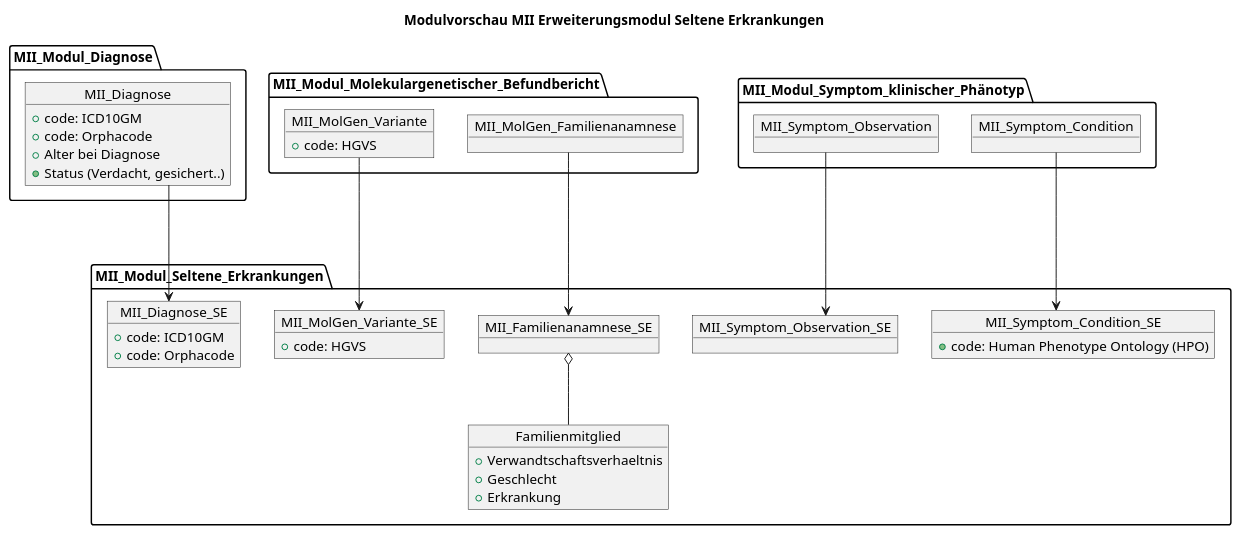
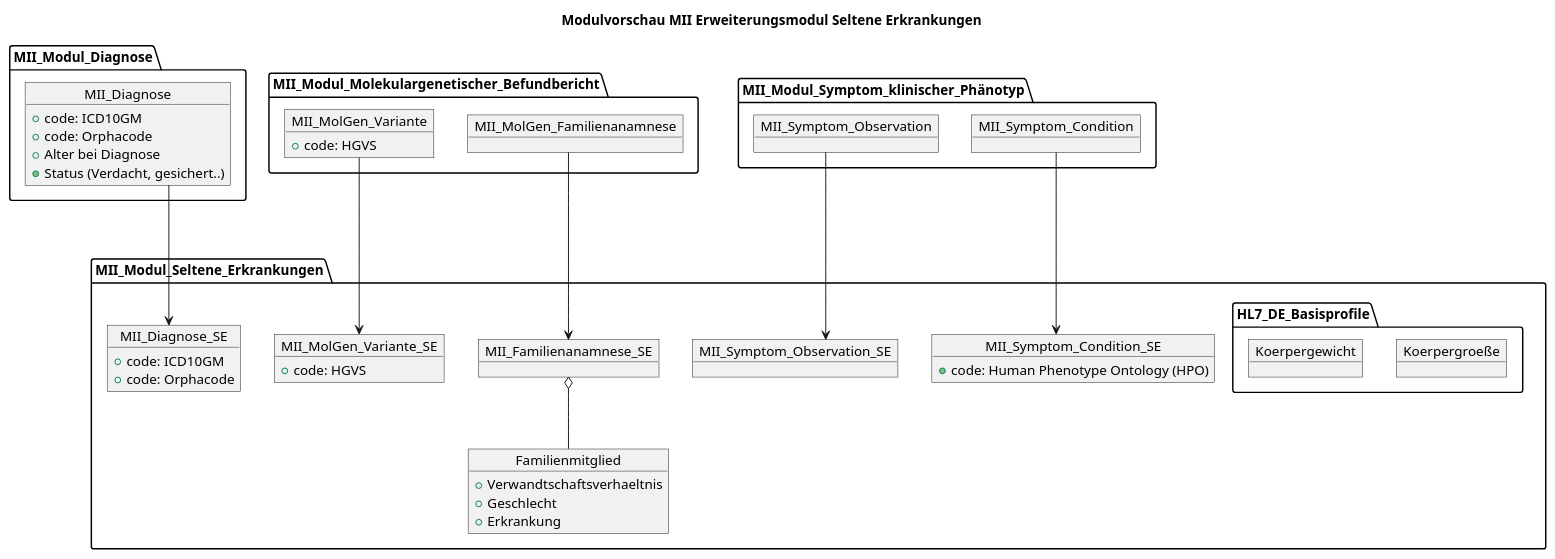
The diagram in fsh-generated/information-model/UML_MII_Dependencies_Fachaerzte.pu (medizininformatik-initiative/kerndatensatzmodul-seltene-erkrankungen), drawn with PlantUML before and after one commit. The commit also changed 1 other file, not shown here.

```diff
--- a/fsh-generated/information-model/UML_MII_Dependencies_Fachaerzte.pu
+++ b/fsh-generated/information-model/UML_MII_Dependencies_Fachaerzte.pu
@@ -1,59 +1,66 @@
 @startuml MII_SE_Overview
 skinparam Linetype ortho
 'skinparam linetype polyline
 
 title Modulvorschau MII Erweiterungsmodul Seltene Erkrankungen
 
 package MII_Modul_Diagnose {
     object MII_Diagnose {
         + code: ICD10GM
         + code: Orphacode
         + Alter bei Diagnose
         + Status (Verdacht, gesichert..)
     }
 }
 
 
 
 package MII_Modul_Molekulargenetischer_Befundbericht {
     object MII_MolGen_Variante {
         + code: HGVS
     }
     object MII_MolGen_Familienanamnese
 }
 
 package MII_Modul_Symptom_klinischer_Phänotyp {
     object MII_Symptom_Observation
     object MII_Symptom_Condition
  
 }
 
 package MII_Modul_Seltene_Erkrankungen {
     object MII_Diagnose_SE {
         + code: ICD10GM
         + code: Orphacode
     }
     object MII_Symptom_Observation_SE
     object MII_Symptom_Condition_SE {
     + code: Human Phenotype Ontology (HPO)
     }
     object MII_Familienanamnese_SE 
     object Familienmitglied {
             + Verwandtschaftsverhaeltnis
             + Geschlecht
             + Erkrankung
         }
     
 
     object MII_MolGen_Variante_SE {
          + code: HGVS
     }
+    
+    package HL7_DE_Basisprofile {
+    object Koerpergroeße
+    object Koerpergewicht
+    }
+
 }
+
 MII_Diagnose -down--> MII_Diagnose_SE
 MII_Symptom_Observation -down--> MII_Symptom_Observation_SE
 MII_Symptom_Condition -down--> MII_Symptom_Condition_SE
 MII_MolGen_Familienanamnese -down--> MII_Familienanamnese_SE
 MII_MolGen_Variante -down--> MII_MolGen_Variante_SE
 MII_Familienanamnese_SE o-down- Familienmitglied 
 
 @enduml
```
